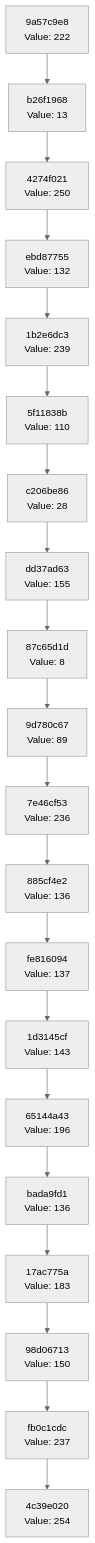
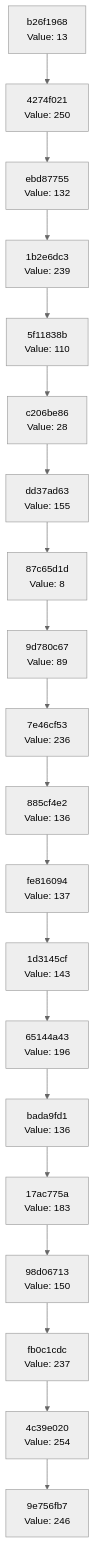
Before and after one commit to Abhisheksinha1506/hash-chain-evolver: the diagram in docs/CHAIN_VISUALIZATION.md, drawn with Mermaid (neutral theme). The commit also changed 2 other files, not shown here.

Commit message:
Evolution Step

````diff
--- a/docs/CHAIN_VISUALIZATION.md
+++ b/docs/CHAIN_VISUALIZATION.md
@@ -3,42 +3,42 @@
 ```mermaid
 graph TD
-    C0["4c39e020<br/>Value: 254"]
-    C1["fb0c1cdc<br/>Value: 237"]
+    C0["9e756fb7<br/>Value: 246"]
+    C1["4c39e020<br/>Value: 254"]
     C1 --> C0
-    C2["98d06713<br/>Value: 150"]
+    C2["fb0c1cdc<br/>Value: 237"]
     C2 --> C1
-    C3["17ac775a<br/>Value: 183"]
+    C3["98d06713<br/>Value: 150"]
     C3 --> C2
-    C4["bada9fd1<br/>Value: 136"]
+    C4["17ac775a<br/>Value: 183"]
     C4 --> C3
-    C5["65144a43<br/>Value: 196"]
+    C5["bada9fd1<br/>Value: 136"]
     C5 --> C4
-    C6["1d3145cf<br/>Value: 143"]
+    C6["65144a43<br/>Value: 196"]
     C6 --> C5
-    C7["fe816094<br/>Value: 137"]
+    C7["1d3145cf<br/>Value: 143"]
     C7 --> C6
-    C8["885cf4e2<br/>Value: 136"]
+    C8["fe816094<br/>Value: 137"]
     C8 --> C7
-    C9["7e46cf53<br/>Value: 236"]
+    C9["885cf4e2<br/>Value: 136"]
     C9 --> C8
-    C10["9d780c67<br/>Value: 89"]
+    C10["7e46cf53<br/>Value: 236"]
     C10 --> C9
-    C11["87c65d1d<br/>Value: 8"]
+    C11["9d780c67<br/>Value: 89"]
     C11 --> C10
-    C12["dd37ad63<br/>Value: 155"]
+    C12["87c65d1d<br/>Value: 8"]
     C12 --> C11
-    C13["c206be86<br/>Value: 28"]
+    C13["dd37ad63<br/>Value: 155"]
     C13 --> C12
-    C14["5f11838b<br/>Value: 110"]
+    C14["c206be86<br/>Value: 28"]
     C14 --> C13
-    C15["1b2e6dc3<br/>Value: 239"]
+    C15["5f11838b<br/>Value: 110"]
     C15 --> C14
-    C16["ebd87755<br/>Value: 132"]
+    C16["1b2e6dc3<br/>Value: 239"]
     C16 --> C15
-    C17["4274f021<br/>Value: 250"]
+    C17["ebd87755<br/>Value: 132"]
     C17 --> C16
-    C18["b26f1968<br/>Value: 13"]
+    C18["4274f021<br/>Value: 250"]
     C18 --> C17
-    C19["9a57c9e8<br/>Value: 222"]
+    C19["b26f1968<br/>Value: 13"]
     C19 --> C18
 ```
````
